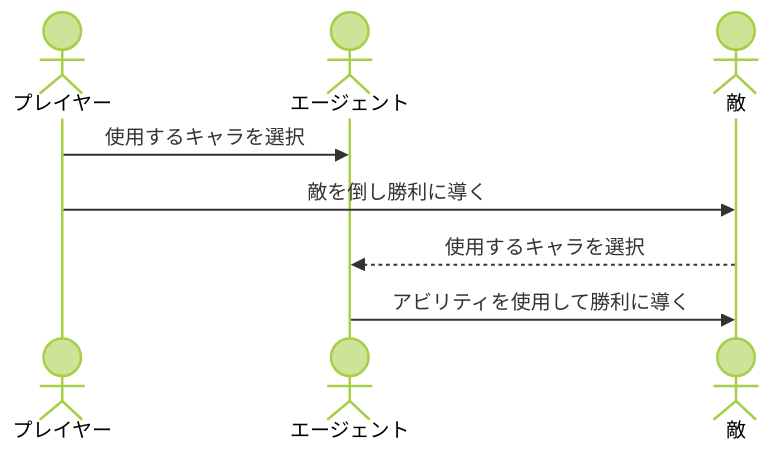
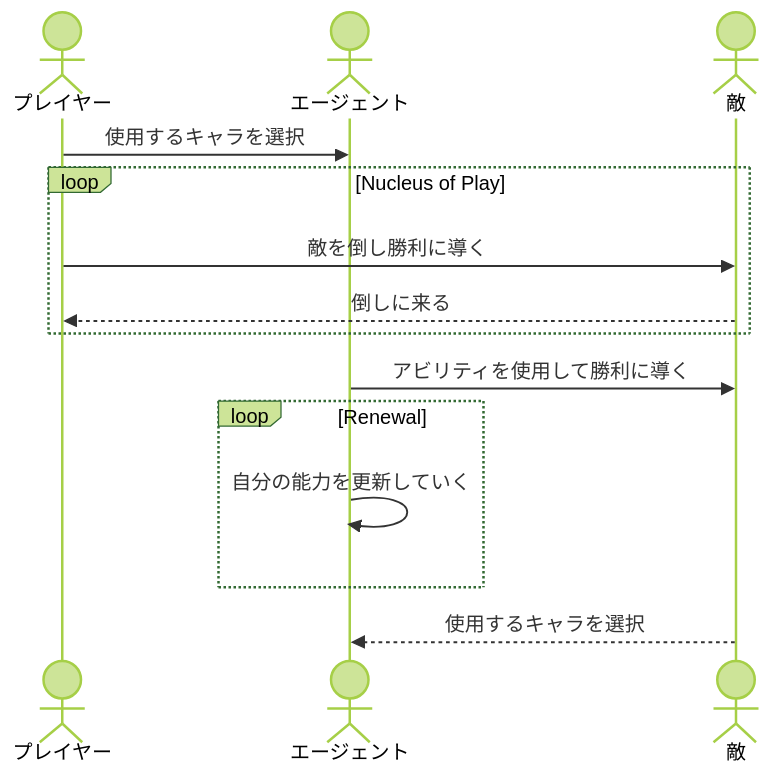
Before and after one commit to tpu-game-2022/mermaid_test: the second of 3 diagrams in README.md, drawn with Mermaid (forest theme).

Commit message:
シーケンス図を変更した

````diff
--- a/README.md
+++ b/README.md
@@ -49,10 +49,16 @@
 ```mermaid
 sequenceDiagram
   actor プレイヤー
   actor エージェント
   actor 敵
   プレイヤー->>エージェント:使用するキャラを選択
-  プレイヤー->>敵:敵を倒し勝利に導く
+  loop Nucleus of Play
+    プレイヤー->>敵:敵を倒し勝利に導く
+    敵-->>プレイヤー:倒しに来る
+  end
+  エージェント->>敵:アビリティを使用して勝利に導く
+  loop Renewal
+    エージェント->>エージェント:自分の能力を更新していく
+  end
   敵-->>エージェント:使用するキャラを選択
-  エージェント->>敵:アビリティを使用して勝利に導く
 ```
````
